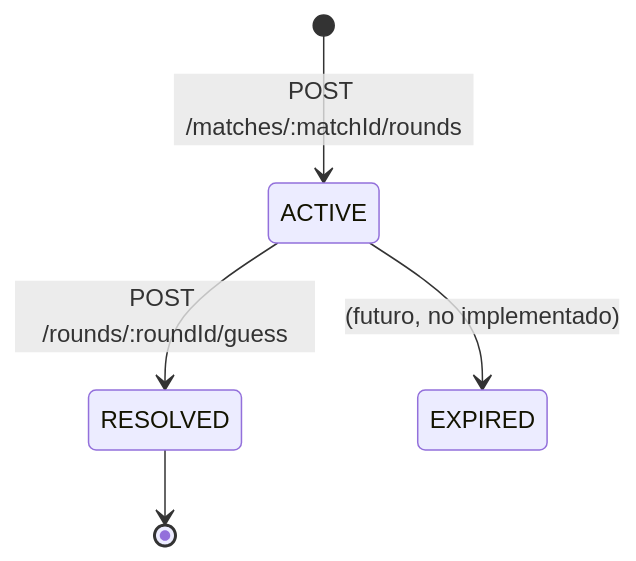
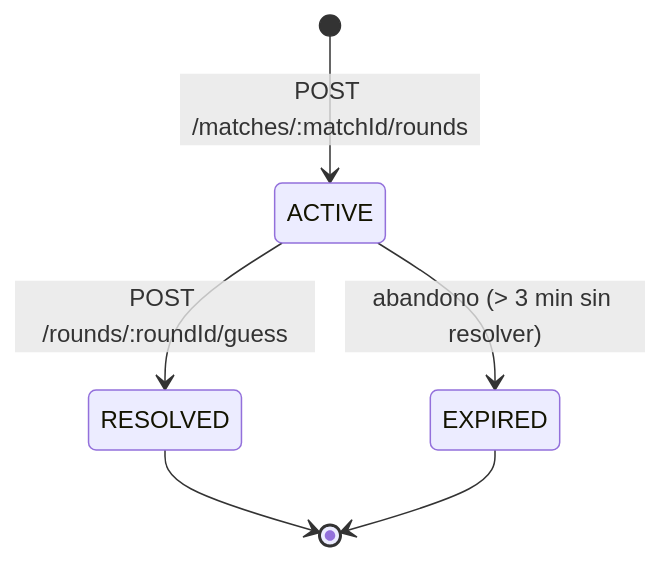
One commit to rkrautz10/Adivina_Personaje changed the second of 5 diagrams in docs/FLUJO_JUEGO.md. Above: the diagram before and after it, drawn with Mermaid. The commit also changed other lines of this file and 2 other files, not shown here.

Commit message:
docs: add architecture decisions and align diagrams

````diff
--- a/docs/FLUJO_JUEGO.md
+++ b/docs/FLUJO_JUEGO.md
@@ -124,7 +119,8 @@
 ```mermaid
 stateDiagram-v2
     [*] --> ACTIVE: POST /matches/:matchId/rounds
     ACTIVE --> RESOLVED: POST /rounds/:roundId/guess
     RESOLVED --> [*]
-    ACTIVE --> EXPIRED: (futuro, no implementado)
+    ACTIVE --> EXPIRED: abandono (> 3 min sin resolver)
+    EXPIRED --> [*]
 ```
````
